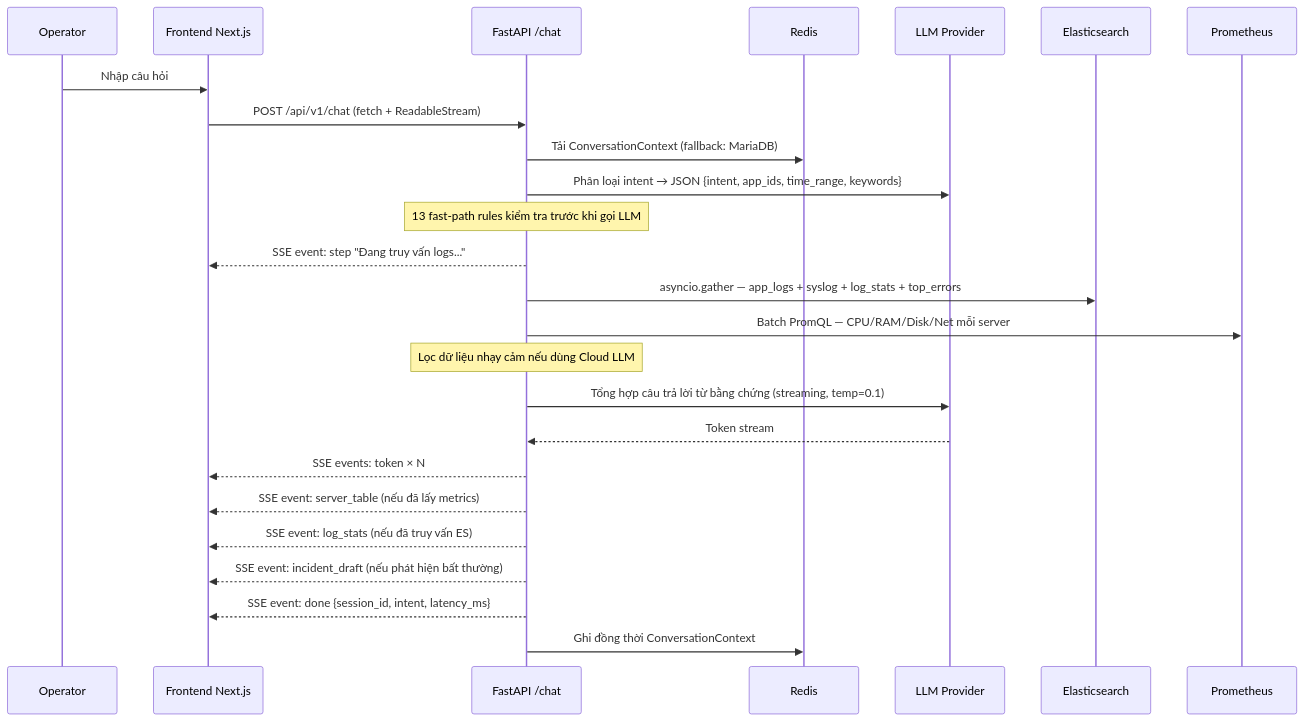
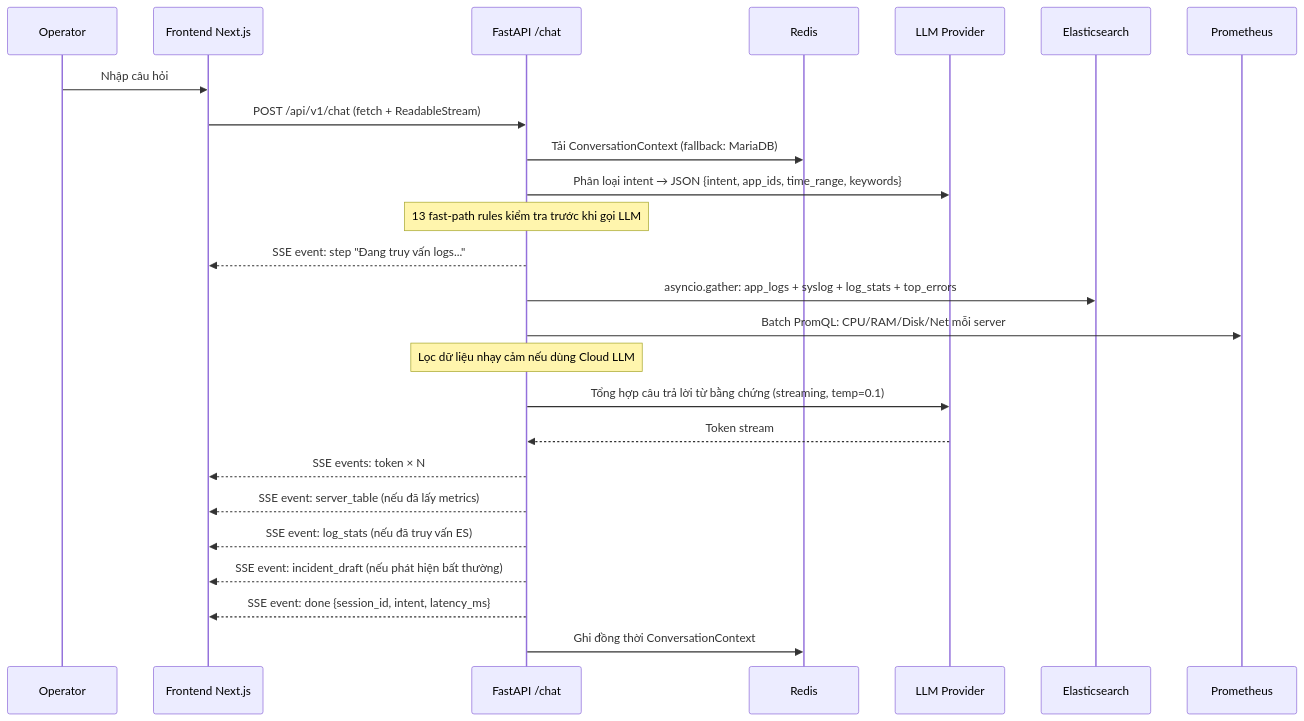
One commit to HaManhDong/aiops changed the second of 2 diagrams in README.md. Above: the diagram before and after it, drawn with Mermaid. The commit also changed other lines of this file, not shown here.

````diff
--- a/README.md
+++ b/README.md
@@ -187,28 +187,28 @@
 ```mermaid
 sequenceDiagram
     participant U as Operator
     participant FE as Frontend Next.js
     participant API as FastAPI /chat
     participant R as Redis
     participant LLM as LLM Provider
     participant ES as Elasticsearch
     participant PM as Prometheus
 
     U->>FE: Nhập câu hỏi
     FE->>API: POST /api/v1/chat (fetch + ReadableStream)
     API->>R: Tải ConversationContext (fallback: MariaDB)
     API->>LLM: Phân loại intent → JSON {intent, app_ids, time_range, keywords}
     Note over API: 13 fast-path rules kiểm tra trước khi gọi LLM
     API-->>FE: SSE event: step "Đang truy vấn logs..."
-    API->>ES: asyncio.gather — app_logs + syslog + log_stats + top_errors
-    API->>PM: Batch PromQL — CPU/RAM/Disk/Net mỗi server
+    API->>ES: asyncio.gather: app_logs + syslog + log_stats + top_errors
+    API->>PM: Batch PromQL: CPU/RAM/Disk/Net mỗi server
     Note over API: Lọc dữ liệu nhạy cảm nếu dùng Cloud LLM
     API->>LLM: Tổng hợp câu trả lời từ bằng chứng (streaming, temp=0.1)
     LLM-->>API: Token stream
     API-->>FE: SSE events: token × N
     API-->>FE: SSE event: server_table (nếu đã lấy metrics)
     API-->>FE: SSE event: log_stats (nếu đã truy vấn ES)
     API-->>FE: SSE event: incident_draft (nếu phát hiện bất thường)
     API-->>FE: SSE event: done {session_id, intent, latency_ms}
     API->>R: Ghi đồng thời ConversationContext
 ```
````
